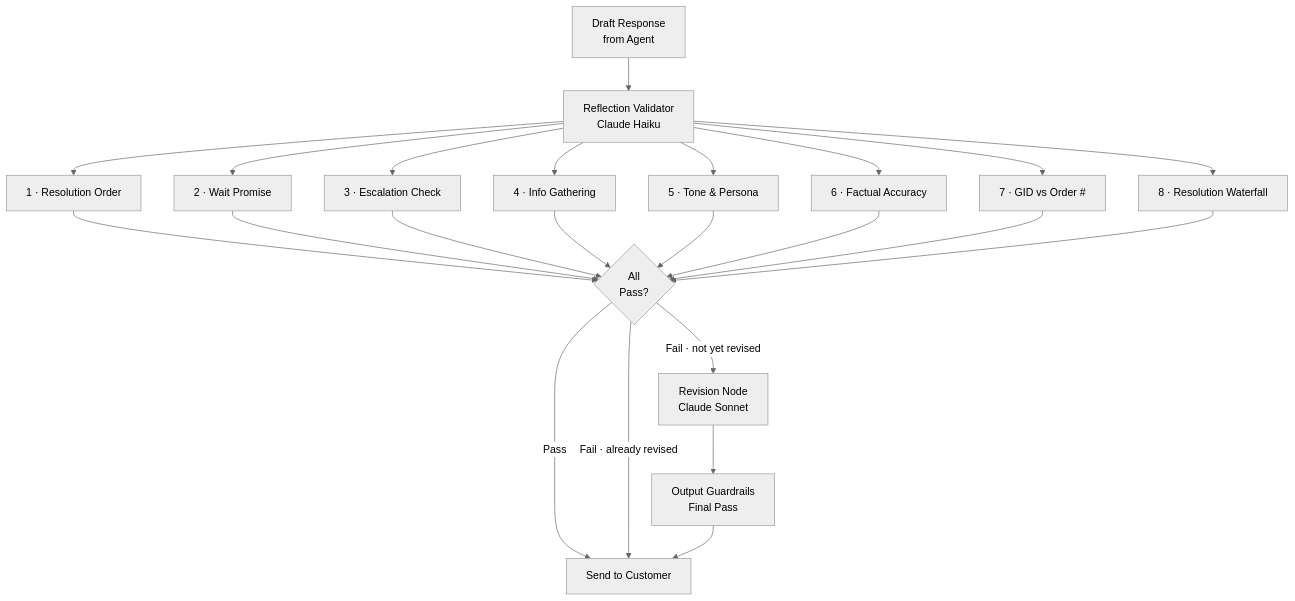
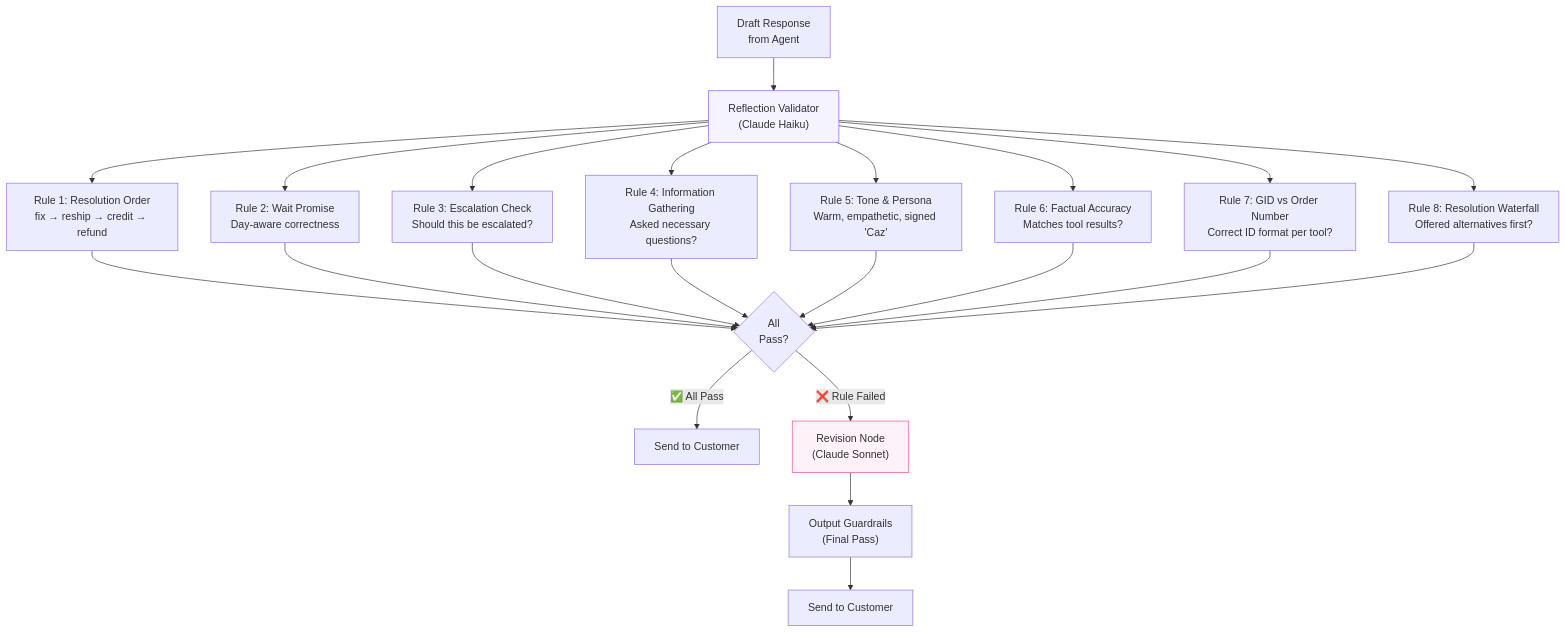
Before and after one commit to EminDurmuSS/lookfor-hackathon: the ninth of 14 diagrams in README.md, drawn with Mermaid. The commit also changed other lines of this file, not shown here.

````diff
--- a/README.md
+++ b/README.md
@@ -478,23 +533,23 @@
 ```mermaid
-%%{init: {'theme': 'neutral'}}%%
 flowchart TD
-    DRAFT["Draft Response<br/>from Agent"] --> RV["Reflection Validator<br/>Claude Haiku"]
+    DRAFT["Draft Response<br/>from Agent"] --> RV["Reflection Validator<br/>(Claude Haiku)"]
 
-    RV --> R1["1 · Resolution Order"]
-    RV --> R2["2 · Wait Promise"]
-    RV --> R3["3 · Escalation Check"]
-    RV --> R4["4 · Info Gathering"]
-    RV --> R5["5 · Tone & Persona"]
-    RV --> R6["6 · Factual Accuracy"]
-    RV --> R7["7 · GID vs Order #"]
-    RV --> R8["8 · Resolution Waterfall"]
+    RV --> R1["Rule 1: Resolution Order<br/>fix → reship → credit → refund"]
+    RV --> R2["Rule 2: Wait Promise<br/>Day-aware correctness"]
+    RV --> R3["Rule 3: Escalation Check<br/>Should this be escalated?"]
+    RV --> R4["Rule 4: Information Gathering<br/>Asked necessary questions?"]
+    RV --> R5["Rule 5: Tone & Persona<br/>Warm, empathetic, signed 'Caz'"]
+    RV --> R6["Rule 6: Factual Accuracy<br/>Matches tool results?"]
+    RV --> R7["Rule 7: GID vs Order Number<br/>Correct ID format per tool?"]
+    RV --> R8["Rule 8: Resolution Waterfall<br/>Offered alternatives first?"]
 
     R1 & R2 & R3 & R4 & R5 & R6 & R7 & R8 --> CHECK{"All<br/>Pass?"}
 
-    CHECK -->|Pass| SEND["Send to Customer"]
-    CHECK -->|"Fail · not yet revised"| REVISE["Revision Node<br/>Claude Sonnet"]
-    CHECK -->|"Fail · already revised"| SEND
+    CHECK -->|"✅ All Pass"| SEND["Send to Customer"]
+    CHECK -->|"❌ Rule Failed"| REVISE["Revision Node<br/>(Claude Sonnet)"]
+    REVISE --> OG_FINAL["Output Guardrails<br/>(Final Pass)"]
+    OG_FINAL --> SEND2["Send to Customer"]
 
-    REVISE --> OG_FINAL["Output Guardrails<br/>Final Pass"]
-    OG_FINAL --> SEND
+    style RV fill:#f5f3ff,stroke:#8b5cf6
+    style REVISE fill:#fdf2f8,stroke:#ec4899
 ```
````
